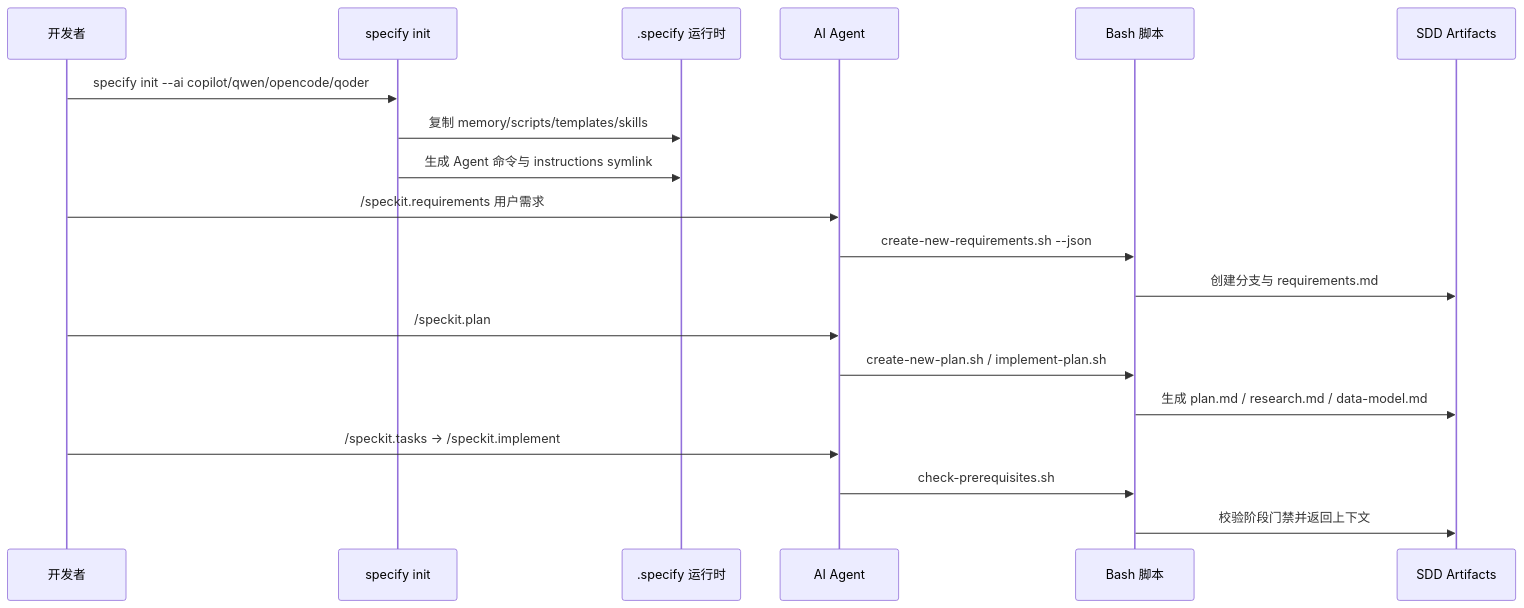
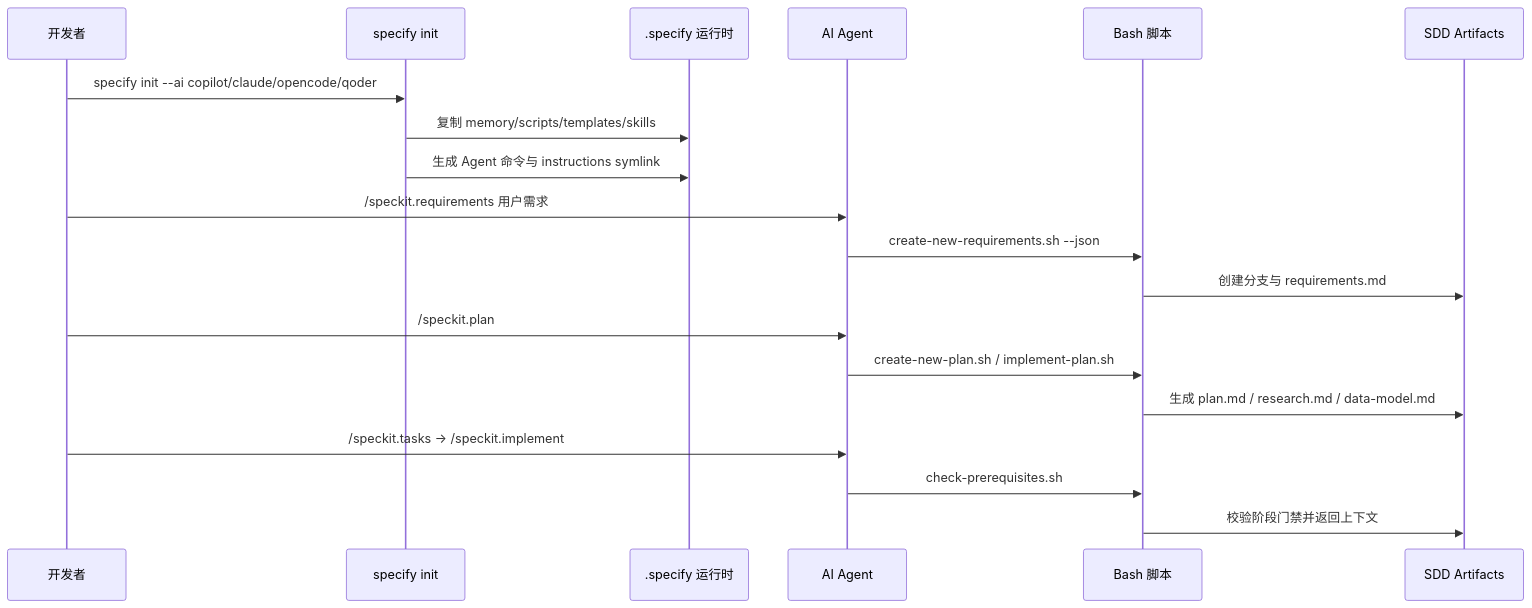
Before and after one commit to cloud-native-ai/spec-kit: the second of 7 diagrams in docs/concepts/overview.md, drawn with Mermaid. The commit also changed other lines of this file and 215 other files, not shown here.

First line of the commit message:
feat(tools-support): drop qwen/iflow, demote copilot to Tier 2, fix plantuml rendering

````diff
--- a/docs/concepts/overview.md
+++ b/docs/concepts/overview.md
@@ -104,22 +104,22 @@
 ```mermaid
 sequenceDiagram
     participant Dev as 开发者
     participant CLI as specify init
     participant FS as .specify 运行时
     participant Agent as AI Agent
     participant Bash as Bash 脚本
     participant Artifacts as SDD Artifacts
 
-    Dev->>CLI: specify init --ai copilot/qwen/opencode/qoder
+    Dev->>CLI: specify init --ai copilot/claude/opencode/qoder
     CLI->>FS: 复制 memory/scripts/templates/skills
     CLI->>FS: 生成 Agent 命令与 instructions symlink
     Dev->>Agent: /speckit.requirements 用户需求
     Agent->>Bash: create-new-requirements.sh --json
     Bash->>Artifacts: 创建分支与 requirements.md
     Dev->>Agent: /speckit.plan
     Agent->>Bash: create-new-plan.sh / implement-plan.sh
     Bash->>Artifacts: 生成 plan.md / research.md / data-model.md
     Dev->>Agent: /speckit.tasks → /speckit.implement
     Agent->>Bash: check-prerequisites.sh
     Bash->>Artifacts: 校验阶段门禁并返回上下文
 ```
````
